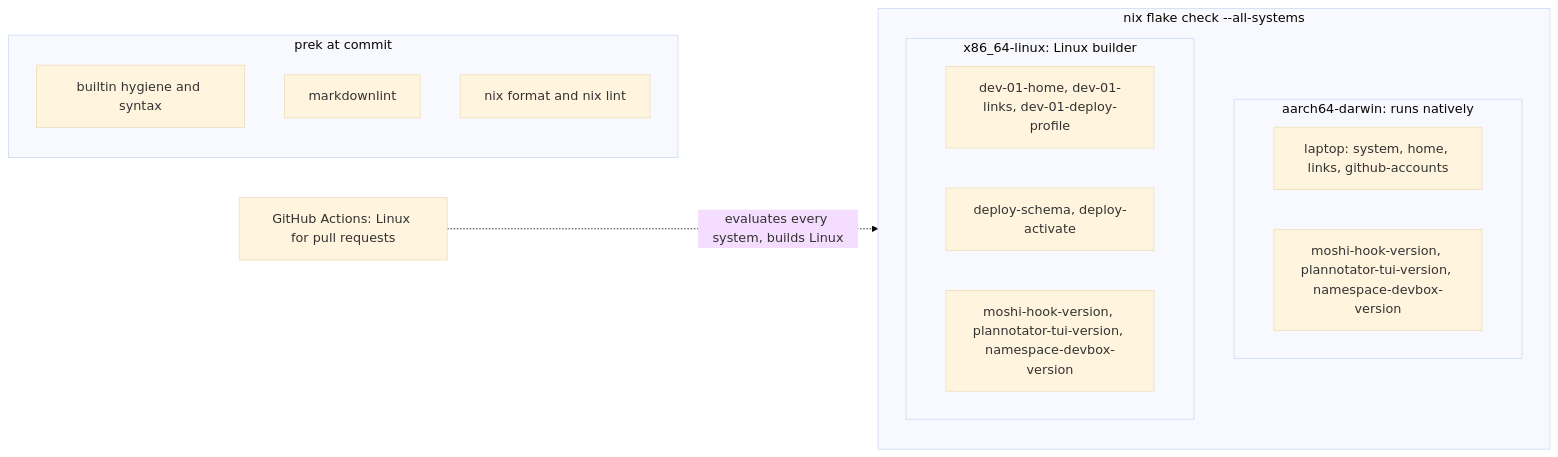
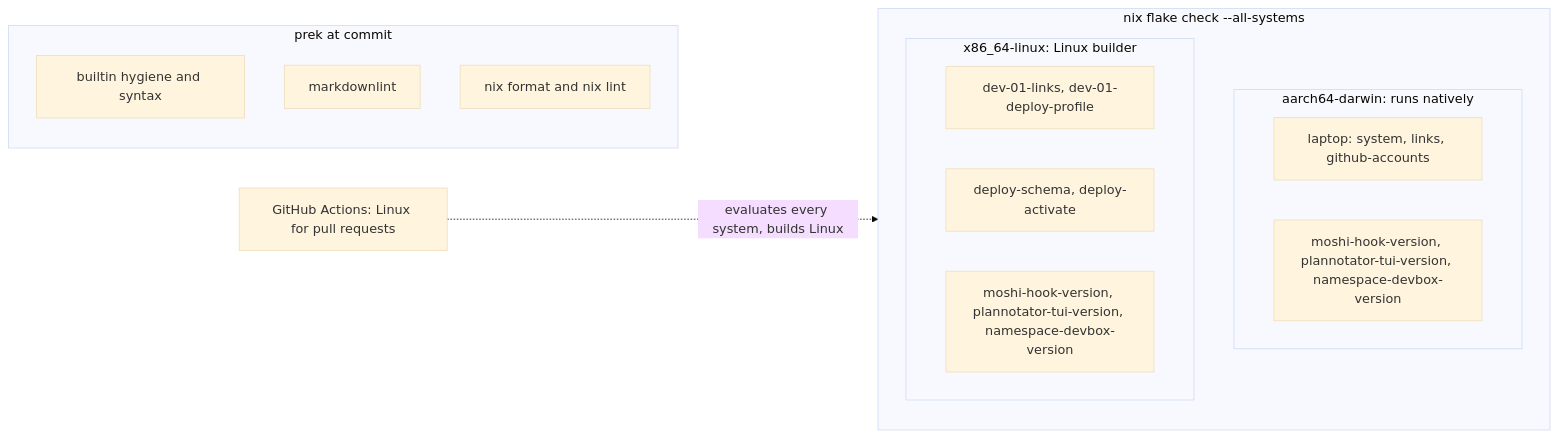
Before and after one commit to mich-murphy/nix-config: the third of 3 diagrams in README.md, drawn with Mermaid (base theme). The commit also changed other lines of this file and 2 other files, not shown here.

Commit message:
refactor(flake): one nixpkgs instance, one Numtide priority, no unused args or duplicate checks (#162)
- nix-darwin now takes the flake's own package set through nixpkgs.pkgs,
  as its option description recommends for evaluation speed, instead of
  building a second instance from the same config and overlays.
- The laptop asked cache.numtide.com at priority 40 and CI at 45. Only the
  order matters and it was the same, so both now use 45.
- specialArgs.inputs on darwinSystem was read by no module; the system
  builds identically without it.
- The <host>-home and dev-01-home checks built derivations that
  <host>-system and dev-01-deploy-profile already build.

````diff
--- a/README.md
+++ b/README.md
@@ -276,20 +276,20 @@
 ```mermaid
 flowchart LR
   subgraph PK["prek at commit"]
     H1["builtin hygiene and syntax"]
     H2["markdownlint"]
     H3["nix format and nix lint"]
   end
   subgraph FC["nix flake check --all-systems"]
     subgraph MAC["aarch64-darwin: runs natively"]
-      M2["laptop: system, home, links, github-accounts"]
+      M2["laptop: system, links, github-accounts"]
       M3["moshi-hook-version, plannotator-tui-version, namespace-devbox-version"]
     end
     subgraph LIN["x86_64-linux: Linux builder"]
-      L1["dev-01-home, dev-01-links, dev-01-deploy-profile"]
+      L1["dev-01-links, dev-01-deploy-profile"]
       L2["deploy-schema, deploy-activate"]
       L3["moshi-hook-version, plannotator-tui-version, namespace-devbox-version"]
     end
   end
   CI["GitHub Actions: Linux for pull requests"] -.->|"evaluates every system, builds Linux"| FC
 ```
````
